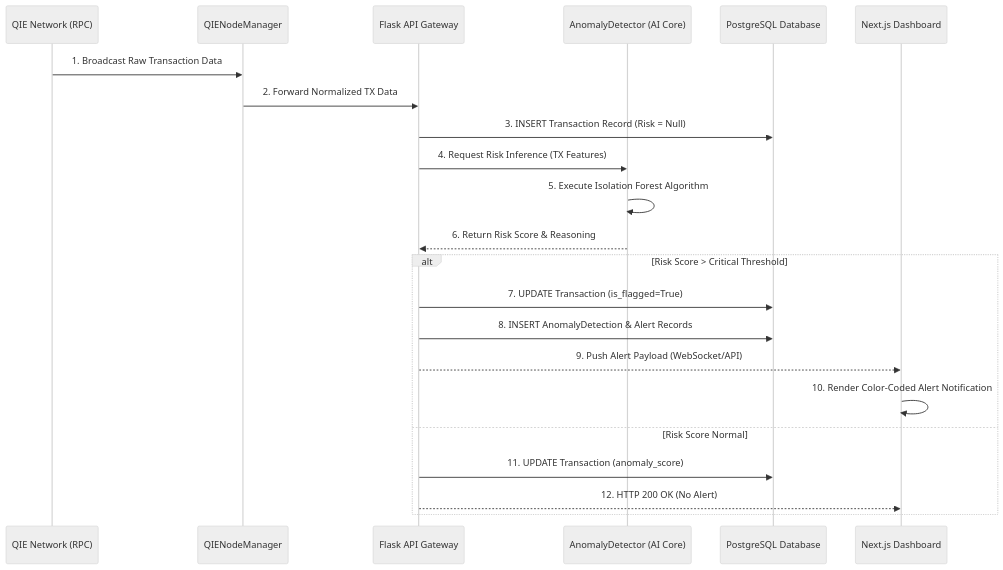
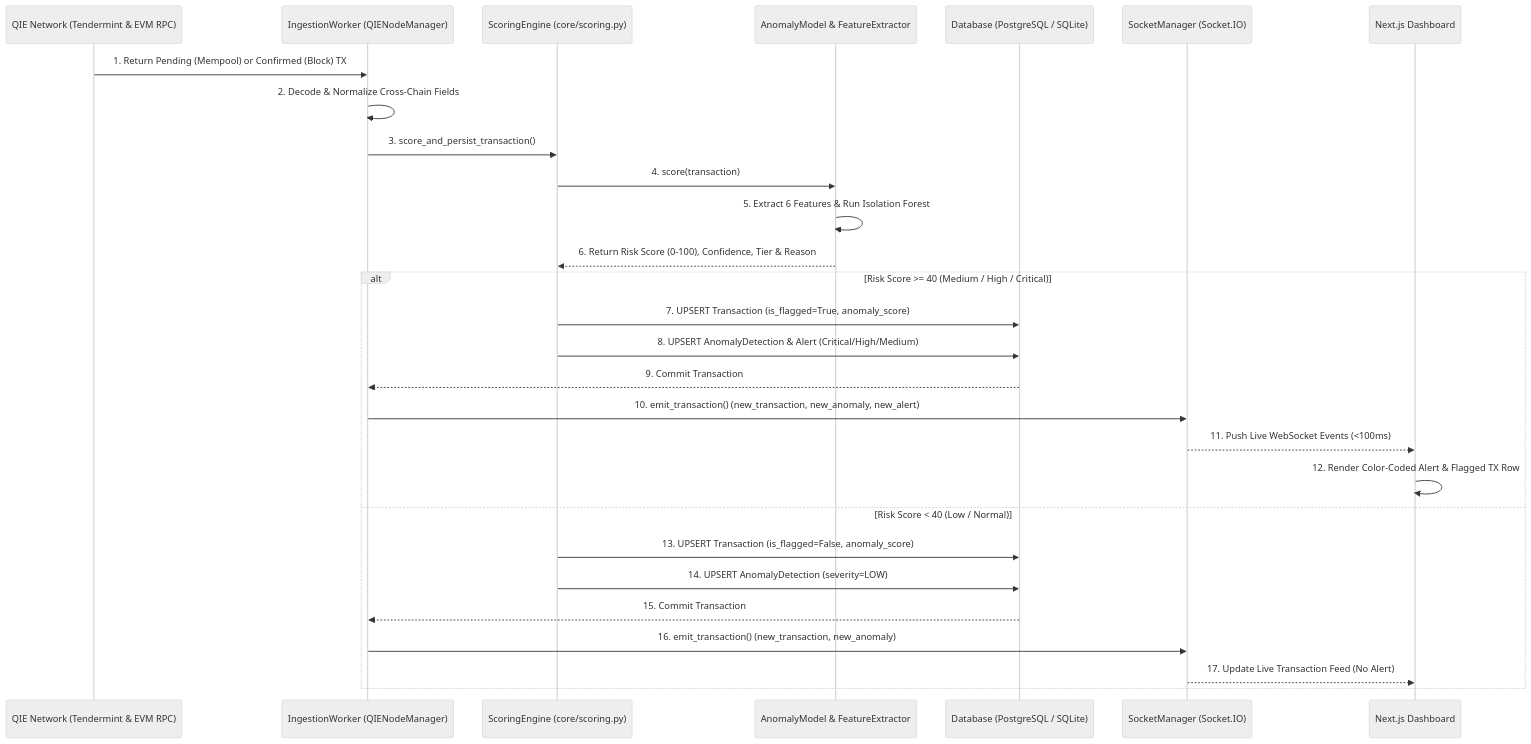
Diagram 15 of 23 in ValiGuard_Docs/ValiGuard_AI_Phase_1_Documentation.md (sheikhrehanseo/ValiGuard-Project-Main), drawn with Mermaid (neutral theme) before and after one commit. The commit also changed other lines of this file and 16 other files, not shown here.

Commit message:
feat: integrate EVM block telemetry, enhance demo mode mock data, and clean up legacy frontend

````diff
--- a/ValiGuard_Docs/ValiGuard_AI_Phase_1_Documentation.md
+++ b/ValiGuard_Docs/ValiGuard_AI_Phase_1_Documentation.md
@@ -1050,27 +1100,33 @@
 ```mermaid
 sequenceDiagram
-    participant RPC as QIE Network (RPC)
-    participant Node as QIENodeManager
-    participant API as Flask API Gateway
-    participant AI as AnomalyDetector (AI Core)
-    participant DB as PostgreSQL Database
+    participant RPC as QIE Network (Tendermint & EVM RPC)
+    participant Worker as IngestionWorker (QIENodeManager)
+    participant Scorer as ScoringEngine (core/scoring.py)
+    participant AI as AnomalyModel & FeatureExtractor
+    participant DB as Database (PostgreSQL / SQLite)
+    participant WS as SocketManager (Socket.IO)
     participant UI as Next.js Dashboard
 
-    RPC->>Node: 1. Broadcast Raw Transaction Data
-    Node->>API: 2. Forward Normalized TX Data
-    API->>DB: 3. INSERT Transaction Record (Risk = Null)
+    RPC->>Worker: 1. Return Pending (Mempool) or Confirmed (Block) TX
+    Worker->>Worker: 2. Decode & Normalize Cross-Chain Fields
+    Worker->>Scorer: 3. score_and_persist_transaction()
 
-    API->>AI: 4. Request Risk Inference (TX Features)
-    AI->>AI: 5. Execute Isolation Forest Algorithm
-    AI-->>API: 6. Return Risk Score & Reasoning
+    Scorer->>AI: 4. score(transaction)
+    AI->>AI: 5. Extract 6 Features & Run Isolation Forest
+    AI-->>Scorer: 6. Return Risk Score (0-100), Confidence, Tier & Reason
 
-    alt Risk Score > Critical Threshold
-        API->>DB: 7. UPDATE Transaction (is_flagged=True)
-        API->>DB: 8. INSERT AnomalyDetection & Alert Records
-        API-->>UI: 9. Push Alert Payload (WebSocket/API)
-        UI->>UI: 10. Render Color-Coded Alert Notification
-    else Risk Score Normal
-        API->>DB: 11. UPDATE Transaction (anomaly_score)
-        API-->>UI: 12. HTTP 200 OK (No Alert)
+    alt Risk Score >= 40 (Medium / High / Critical)
+        Scorer->>DB: 7. UPSERT Transaction (is_flagged=True, anomaly_score)
+        Scorer->>DB: 8. UPSERT AnomalyDetection & Alert (Critical/High/Medium)
+        DB-->>Worker: 9. Commit Transaction
+        Worker->>WS: 10. emit_transaction() (new_transaction, new_anomaly, new_alert)
+        WS-->>UI: 11. Push Live WebSocket Events (<100ms)
+        UI->>UI: 12. Render Color-Coded Alert & Flagged TX Row
+    else Risk Score < 40 (Low / Normal)
+        Scorer->>DB: 13. UPSERT Transaction (is_flagged=False, anomaly_score)
+        Scorer->>DB: 14. UPSERT AnomalyDetection (severity=LOW)
+        DB-->>Worker: 15. Commit Transaction
+        Worker->>WS: 16. emit_transaction() (new_transaction, new_anomaly)
+        WS-->>UI: 17. Update Live Transaction Feed (No Alert)
     end
 ```
````
